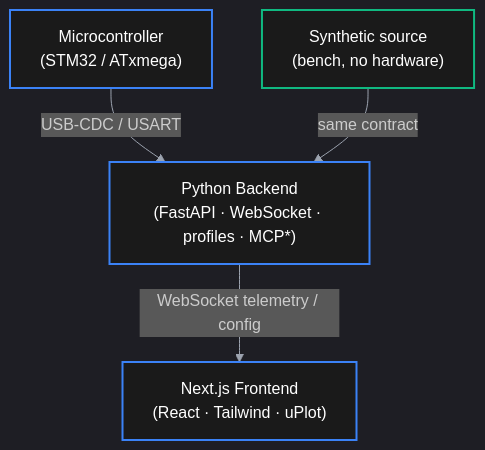
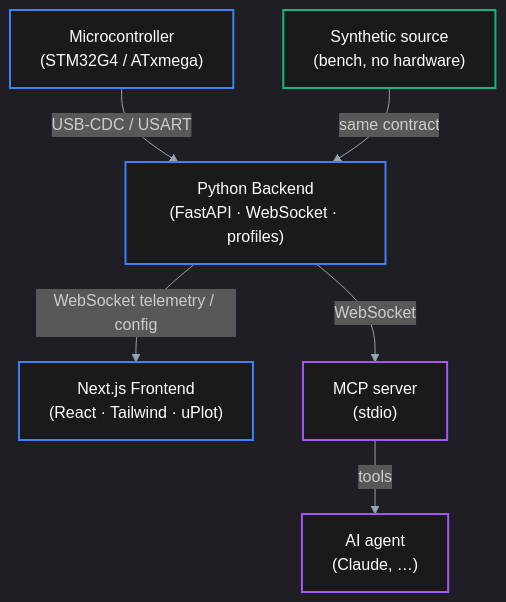
Before and after one commit to takzen/metal-detector-studio: the diagram in README.md, drawn with Mermaid. The commit also changed other lines of this file, not shown here.

````diff
--- a/README.md
+++ b/README.md
@@ -28,13 +28,16 @@
 ```mermaid
 %%{init: {'theme': 'dark'}}%%
 flowchart TD
-    A["Microcontroller<br>(STM32 / ATxmega)"] -->|"USB-CDC / USART"| B
+    A["Microcontroller<br>(STM32G4 / ATxmega)"] -->|"USB-CDC / USART"| B
     S["Synthetic source<br>(bench, no hardware)"] -->|"same contract"| B
-    B["Python Backend<br>(FastAPI · WebSocket · profiles · MCP*)"] -->|"WebSocket telemetry / config"| C["Next.js Frontend<br>(React · Tailwind · uPlot)"]
+    B["Python Backend<br>(FastAPI · WebSocket · profiles)"] -->|"WebSocket telemetry / config"| C["Next.js Frontend<br>(React · Tailwind · uPlot)"]
+    B -->|"WebSocket"| M["MCP server<br>(stdio)"] -->|"tools"| D["AI agent<br>(Claude, …)"]
 
     style A fill:#1a1a1a,stroke:#3b82f6,stroke-width:2px,color:#ffffff
     style S fill:#1a1a1a,stroke:#10b981,stroke-width:2px,color:#ffffff
     style B fill:#1a1a1a,stroke:#3b82f6,stroke-width:2px,color:#ffffff
     style C fill:#1a1a1a,stroke:#3b82f6,stroke-width:2px,color:#ffffff
+    style M fill:#1a1a1a,stroke:#a855f7,stroke-width:2px,color:#ffffff
+    style D fill:#1a1a1a,stroke:#a855f7,stroke-width:2px,color:#ffffff
     linkStyle default stroke:#9ca3af,stroke-width:1px
 ```
````
